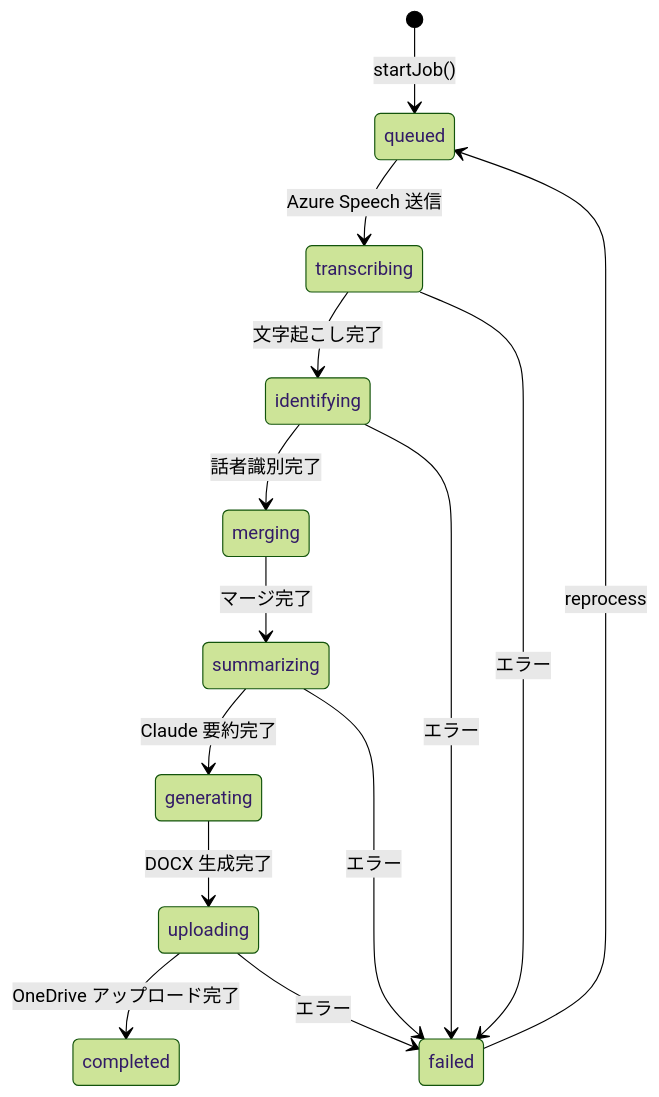
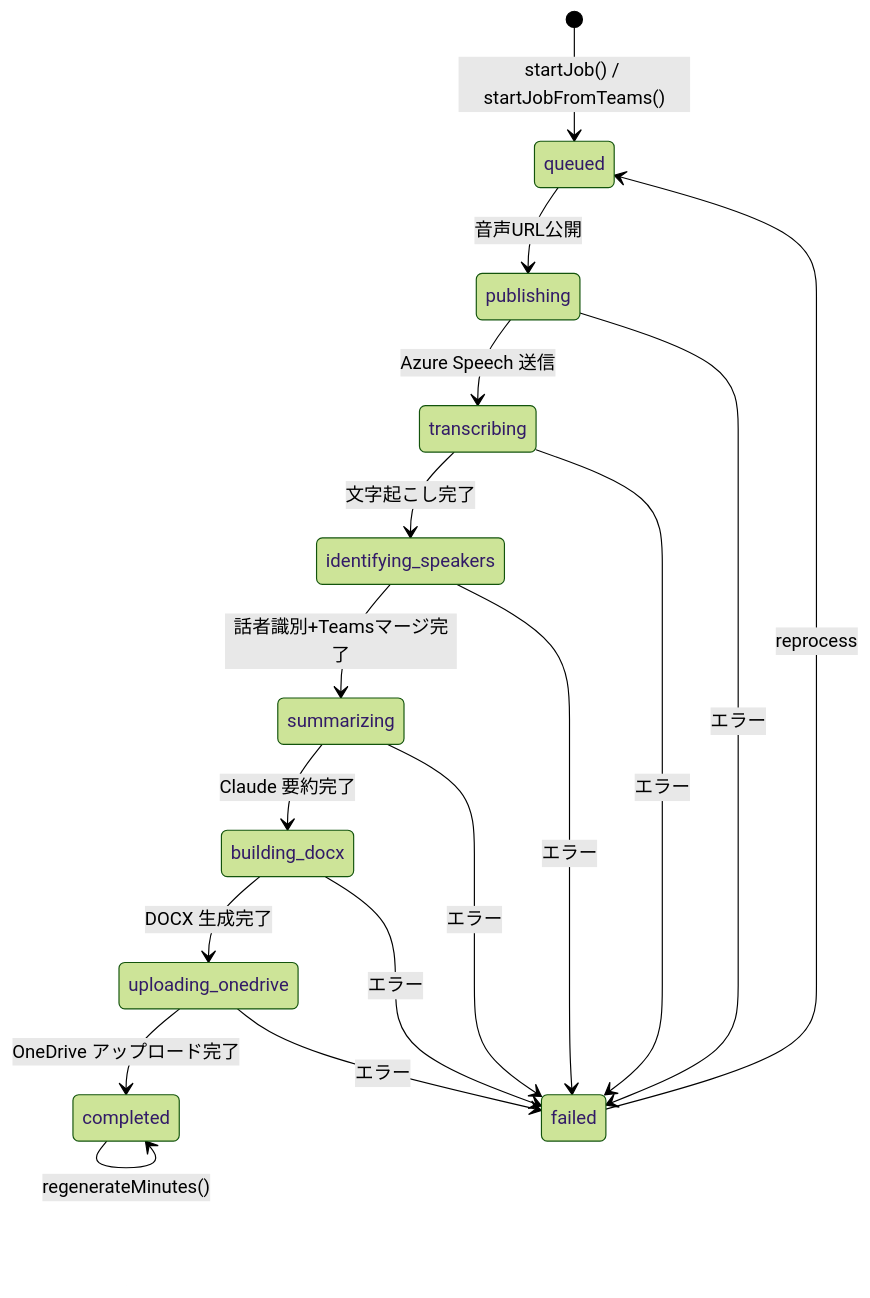
One commit to ytsutsumi30/MeetingRoot changed the third of 3 diagrams in doc/02_component_design.md. Above: the diagram before and after it, drawn with Mermaid (forest theme). The commit also changed other lines of this file and 19 other files, not shown here.

````diff
--- a/doc/02_component_design.md
+++ b/doc/02_component_design.md
@@ -157,16 +170,19 @@
 ```mermaid
 stateDiagram-v2
-    [*] --> queued: startJob()
-    queued --> transcribing: Azure Speech 送信
-    transcribing --> identifying: 文字起こし完了
-    identifying --> merging: 話者識別完了
-    merging --> summarizing: マージ完了
-    summarizing --> generating: Claude 要約完了
-    generating --> uploading: DOCX 生成完了
-    uploading --> completed: OneDrive アップロード完了
+    [*] --> queued: startJob() / startJobFromTeams()
+    queued --> publishing: 音声URL公開
+    publishing --> transcribing: Azure Speech 送信
+    transcribing --> identifying_speakers: 文字起こし完了
+    identifying_speakers --> summarizing: 話者識別+Teamsマージ完了
+    summarizing --> building_docx: Claude 要約完了
+    building_docx --> uploading_onedrive: DOCX 生成完了
+    uploading_onedrive --> completed: OneDrive アップロード完了
+    publishing --> failed: エラー
     transcribing --> failed: エラー
-    identifying --> failed: エラー
+    identifying_speakers --> failed: エラー
     summarizing --> failed: エラー
-    uploading --> failed: エラー
+    building_docx --> failed: エラー
+    uploading_onedrive --> failed: エラー
     failed --> queued: reprocess
+    completed --> completed: regenerateMinutes()
 ```
````
